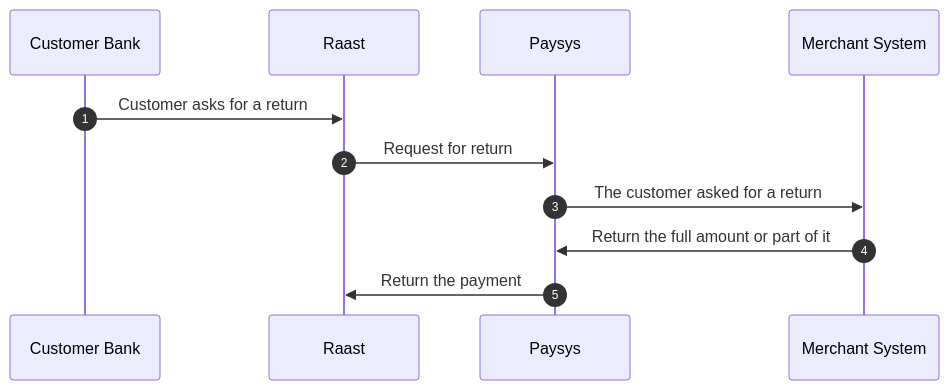
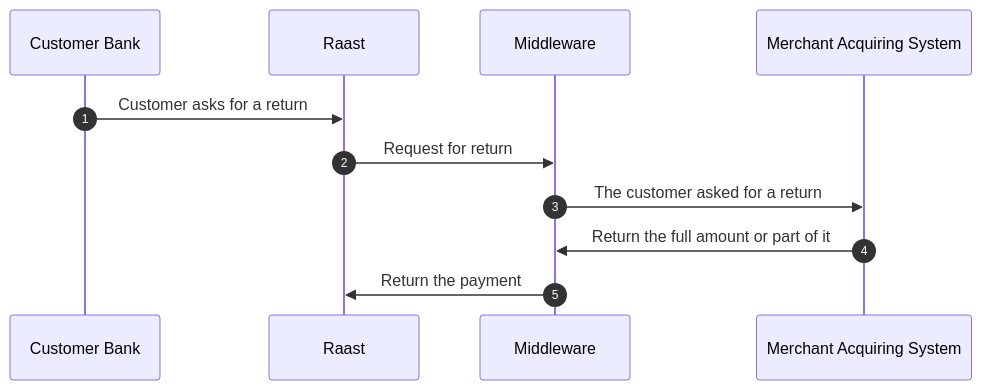
The seventh of 8 diagrams in modules/04-p2m-acquiring/04_Raast_P2M_Acquiring_Overview.md (HuzaifaTanzeel/raast-training-public), drawn with Mermaid before and after one commit. The commit also changed other lines of this file and 5 other files, not shown here.

````diff
--- a/modules/04-p2m-acquiring/04_Raast_P2M_Acquiring_Overview.md
+++ b/modules/04-p2m-acquiring/04_Raast_P2M_Acquiring_Overview.md
@@ -240,14 +273,14 @@
 ```mermaid
 sequenceDiagram
     autonumber
     participant IB as Customer Bank
     participant R as Raast
-    participant P as Paysys
-    participant MS as Merchant System
+    participant MW as Middleware
+    participant MAS as Merchant Acquiring System
 
     IB->>R: Customer asks for a return
-    R->>P: Request for return
-    P->>MS: The customer asked for a return
-    MS->>P: Return the full amount or part of it
-    P->>R: Return the payment
+    R->>MW: Request for return
+    MW->>MAS: The customer asked for a return
+    MAS->>MW: Return the full amount or part of it
+    MW->>R: Return the payment
 ```
````
